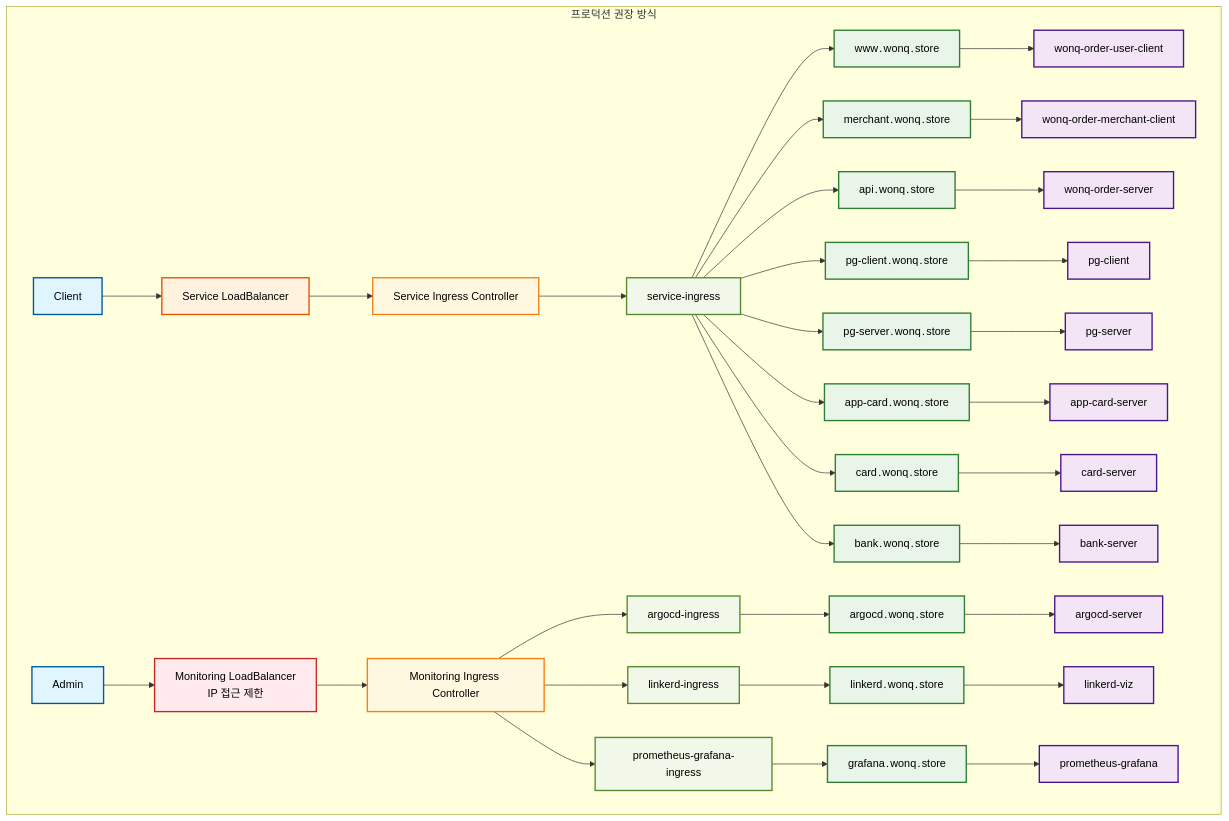
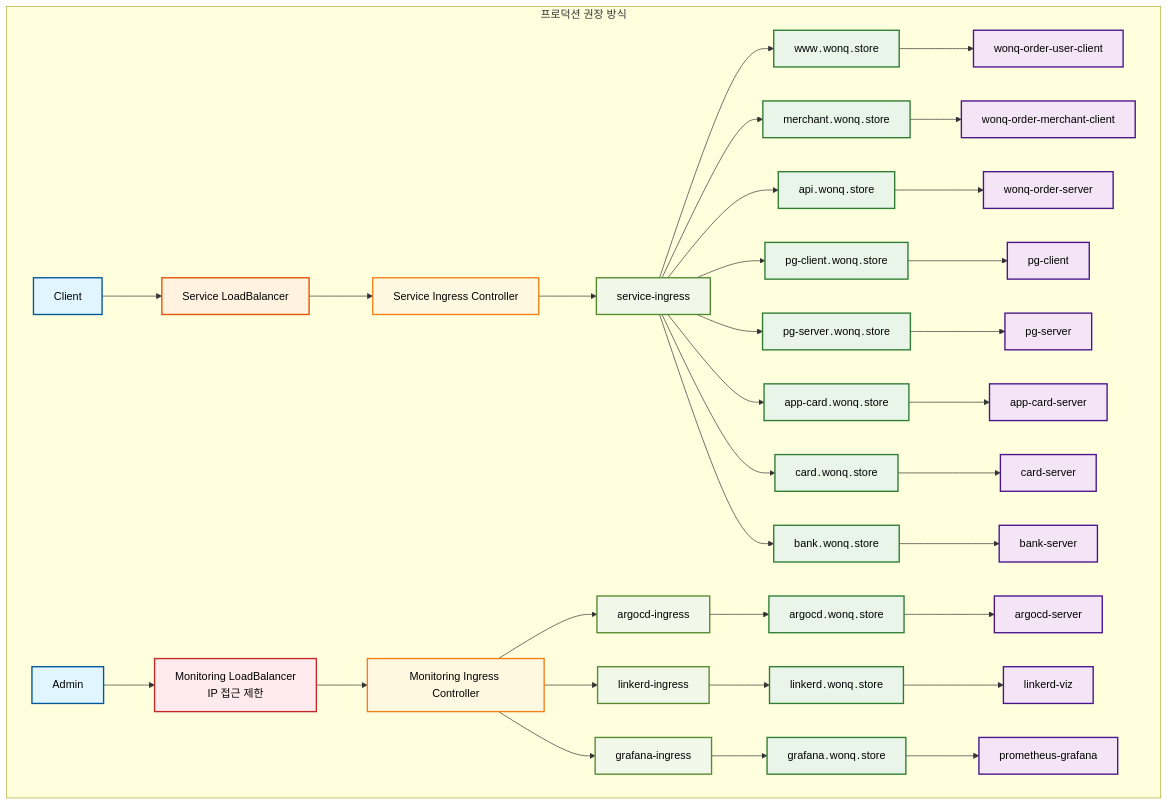
One commit to namsh1125/wonq-tech-blog changed the third of 3 diagrams in blog/2025-05-29/gcp-load-balancer-quota-exceeded-troubleshooting.md. Above: the diagram before and after it, drawn with Mermaid. The commit also changed other lines of this file, not shown here.

Commit message:
Update: 인그레스 리소스 수정

````diff
--- a/blog/2025-05-29/gcp-load-balancer-quota-exceeded-troubleshooting.md
+++ b/blog/2025-05-29/gcp-load-balancer-quota-exceeded-troubleshooting.md
@@ -386,58 +386,58 @@
 ```mermaid
 graph TB
     subgraph "프로덕션 권장 방식"
         A1[Client] --> L1[Service LoadBalancer]
         A2[Admin] --> L2[Monitoring LoadBalancer<br/>IP 접근 제한]
         L1 --> I1[Service Ingress Controller]
         L2 --> I2[Monitoring Ingress Controller]
         
         I1 --> R1[service-ingress]
         I2 --> R2[argocd-ingress]
         I2 --> R3[linkerd-ingress]
-        I2 --> R4[prometheus-grafana-ingress]
+        I2 --> R4[grafana-ingress]
 
         R1 --> D1["www․wonq․store"]
         R1 --> D2["merchant․wonq․store"]
         R1 --> D3["api․wonq․store"]
         R1 --> D4["pg-client․wonq․store"]
         R1 --> D5["pg-server․wonq․store"]
         R1 --> D6["app-card․wonq․store"]
         R1 --> D7["card․wonq․store"]
         R1 --> D8["bank․wonq․store"]
 
         R2 --> D9["argocd․wonq․store"]
         R3 --> D10["linkerd․wonq․store"]
         R4 --> D11["grafana․wonq․store"]
 
         D1 --> S1[wonq-order-user-client]
         D2 --> S2[wonq-order-merchant-client]
         D3 --> S3[wonq-order-server]
         D4 --> S4[pg-client]
         D5 --> S5[pg-server]
         D6 --> S6[app-card-server]
         D7 --> S7[card-server]
         D8 --> S8[bank-server]
         D9 --> M1[argocd-server]
         D10 --> M2[linkerd-viz]
         D11 --> M3[prometheus-grafana]
     end
 
     %% 색상 스타일 정의
     classDef clientStyle fill:#e1f5fe,stroke:#01579b,stroke-width:2px,color:#000
     classDef lbStyle fill:#fff3e0,stroke:#e65100,stroke-width:2px,color:#000
     classDef securityLbStyle fill:#ffebee,stroke:#c62828,stroke-width:2px,color:#000
     classDef ingressStyle fill:#fff8e1,stroke:#f57f17,stroke-width:2px,color:#000
     classDef resourceStyle fill:#f1f8e9,stroke:#558b2f,stroke-width:2px,color:#000
     classDef domainStyle fill:#e8f5e8,stroke:#2e7d32,stroke-width:2px,color:#000
     classDef serviceStyle fill:#f3e5f5,stroke:#4a148c,stroke-width:2px,color:#000
 
     %% 클래스 적용
     class A1,A2 clientStyle
     class L1 lbStyle
     class L2 securityLbStyle
     class I1,I2 ingressStyle
     class R1,R2,R3,R4 resourceStyle
     class D1,D2,D3,D4,D5,D6,D7,D8,D9,D10,D11 domainStyle
     class S1,S2,S3,S4,S5,S6,S7,S8 serviceStyle
     class M1,M2,M3 serviceStyle
 ```
````
